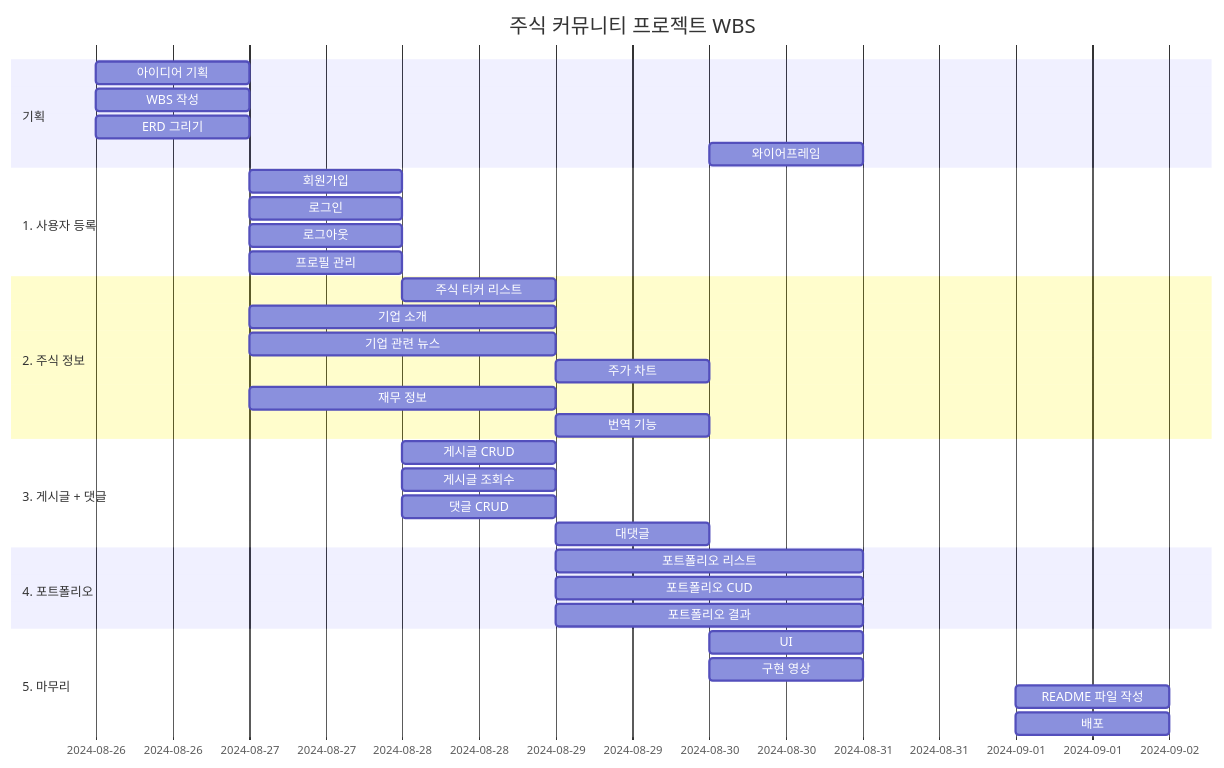
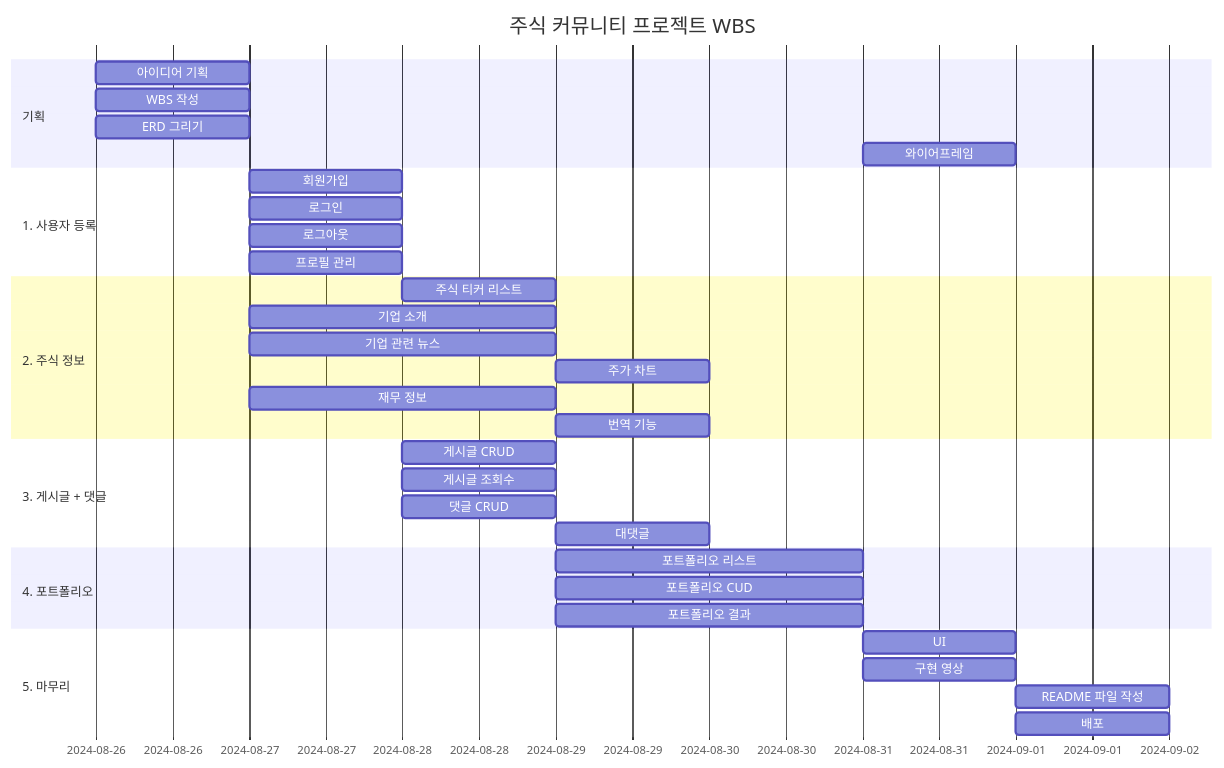
The first of 3 diagrams in README.md (Donggyu-Kim1/stalk), drawn with Mermaid before and after one commit. The commit also changed other lines of this file and 2 other files, not shown here.

````diff
--- a/README.md
+++ b/README.md
@@ -231,42 +226,42 @@
 ```mermaid
 gantt
     title 주식 커뮤니티 프로젝트 WBS
     dateFormat  YYYY-MM-DD HH:mm
 
     section 기획
     아이디어 기획      :2024-08-26, 1d
     WBS 작성          :2024-08-26, 1d
     ERD 그리기         :2024-08-26, 1d
-    와이어프레임        :2024-08-30, 1d
+    와이어프레임        :2024-08-31, 1d
 
     section 1. 사용자 등록
     회원가입           :2024-08-27, 1d
     로그인             :2024-08-27, 1d
     로그아웃           :2024-08-27, 1d
     프로필 관리         :2024-08-27, 1d
 
     section 2. 주식 정보
     주식 티커 리스트     :2024-08-28, 1d
     기업 소개          :2024-08-27, 2d
     기업 관련 뉴스      :2024-08-27, 2d
     주가 차트          :2024-08-29, 1d
     재무 정보          :2024-08-27, 2d
     번역 기능          :2024-08-29, 1d
 
     section 3. 게시글 + 댓글
     게시글 CRUD        :2024-08-28, 1d
     게시글 조회수       :2024-08-28, 1d
     댓글 CRUD          :2024-08-28, 1d
     대댓글             :2024-08-29, 1d
     
     section 4. 포트폴리오
     포트폴리오 리스트        :2024-08-29, 2d
     포트폴리오 CUD       :2024-08-29, 2d
     포트폴리오 결과         :2024-08-29, 2d
 
     section 5. 마무리
-    UI                :2024-08-30, 1d
-    구현 영상          :2024-08-30, 1d
+    UI                :2024-08-31, 1d
+    구현 영상          :2024-08-31, 1d
     README 파일 작성   :2024-09-01, 1d
     배포              :2024-09-01, 1d
 ```
````
